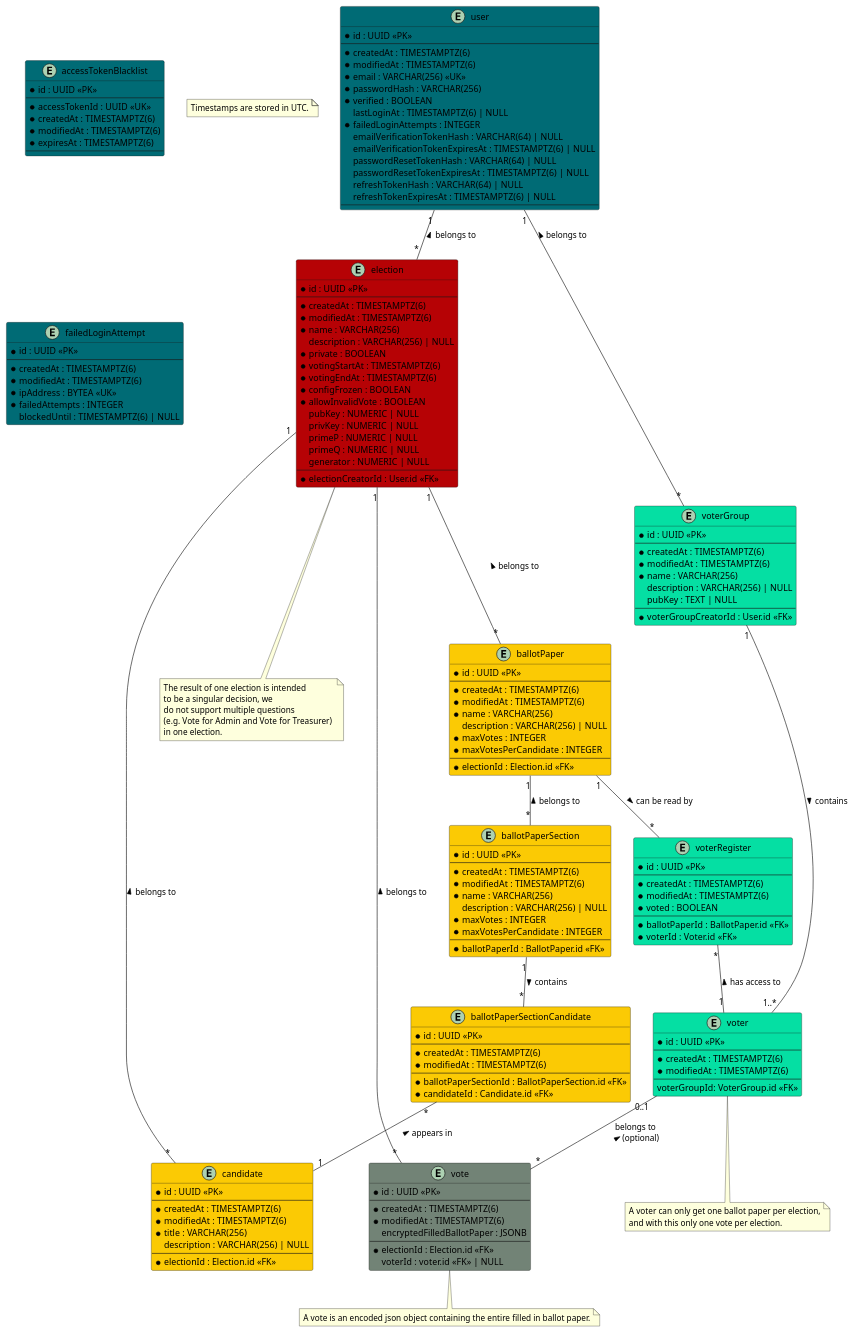
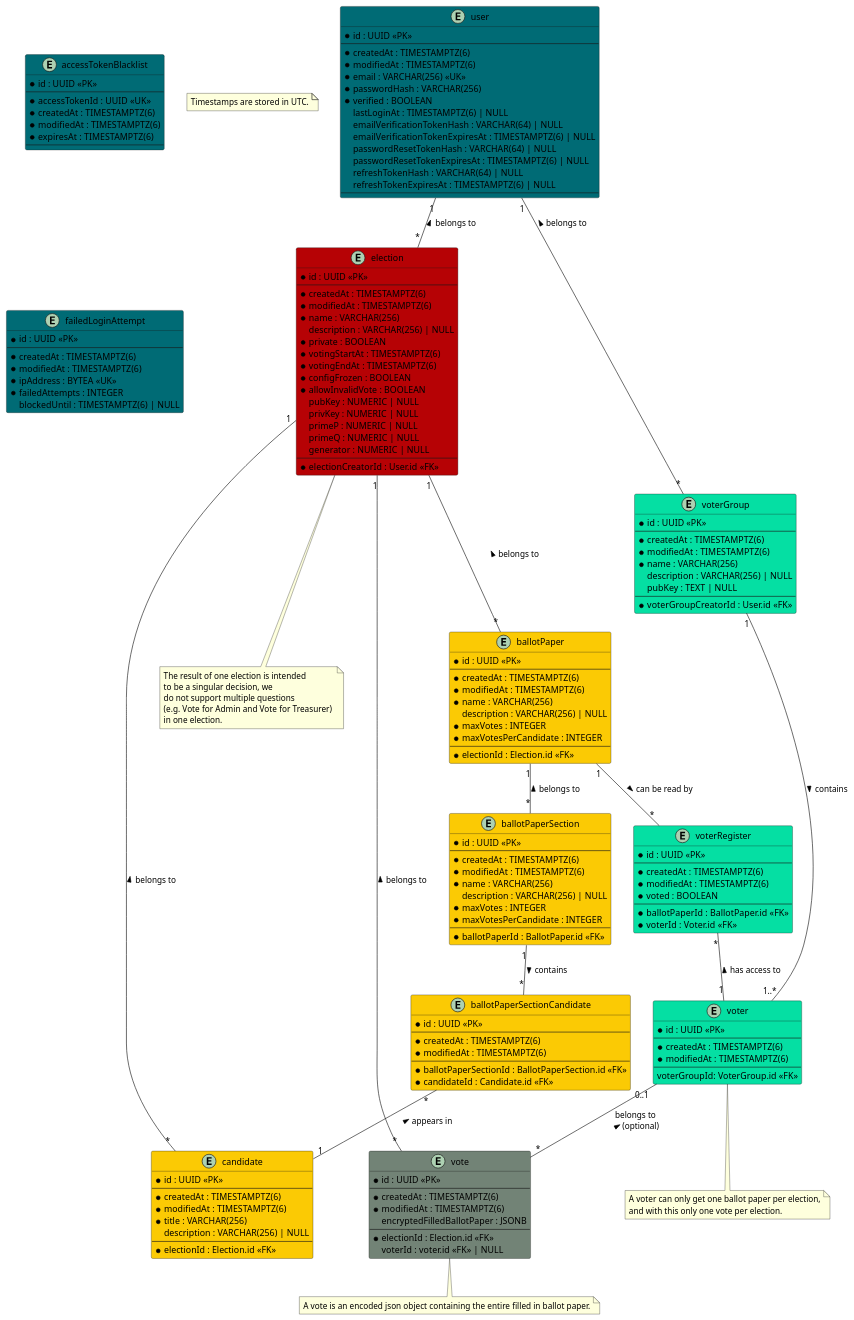
The diagram in apps/docs/static/uml/dataModel.puml (SE-UUlm/votura), drawn with PlantUML before and after one commit.

Commit message:
123: Remove column from documentation that doesn't actually exist

```diff
--- a/apps/docs/static/uml/dataModel.puml
+++ b/apps/docs/static/uml/dataModel.puml
@@ -1,198 +1,196 @@
 @startuml dataModel
 
 entity "user" as user #006b75 {
     * id : UUID <<PK>>
     --
     * createdAt : TIMESTAMPTZ(6)
     * modifiedAt : TIMESTAMPTZ(6)
     * email : VARCHAR(256) <<UK>>
     * passwordHash : VARCHAR(256)
     * verified : BOOLEAN
     lastLoginAt : TIMESTAMPTZ(6) | NULL
-    ' failed login attempts get reset on successful login
-    * failedLoginAttempts : INTEGER
     emailVerificationTokenHash : VARCHAR(64) | NULL
     emailVerificationTokenExpiresAt : TIMESTAMPTZ(6) | NULL
     passwordResetTokenHash : VARCHAR(64) | NULL
     passwordResetTokenExpiresAt : TIMESTAMPTZ(6) | NULL
     refreshTokenHash : VARCHAR(64) | NULL
     refreshTokenExpiresAt : TIMESTAMPTZ(6) | NULL
     --
 }
 
 entity "accessTokenBlacklist" as jwtBlacklist #006b75 {
     ' this table is used to store blacklisted access tokens
     ' The jti is 36 characters long if we use UUIDv4
     * id : UUID <<PK>>
     --
     * accessTokenId : UUID <<UK>>
     * createdAt : TIMESTAMPTZ(6)
     * modifiedAt : TIMESTAMPTZ(6)
     * expiresAt : TIMESTAMPTZ(6)
     --
 }
 
 entity "election" as elections #b60205 {
     * id : UUID <<PK>>
     --
     * createdAt : TIMESTAMPTZ(6)
     * modifiedAt : TIMESTAMPTZ(6)
     * name : VARCHAR(256)
     description : VARCHAR(256) | NULL
     * private : BOOLEAN
     * votingStartAt : TIMESTAMPTZ(6)
     * votingEndAt : TIMESTAMPTZ(6)
     * configFrozen : BOOLEAN
     * allowInvalidVote : BOOLEAN
     ' Is there a use case for `votesCounted`?
     ' * votesCounted : BOOLEAN
     ' * votesCounted : BOOLEAN
     ' Computed values such as validVotes and invalidVotes are critical - do we really want to store them?
     ' validVotes : NUMERIC | NULL
     ' invalidVotes : NUMERIC | NULL
     pubKey : NUMERIC | NULL
     privKey : NUMERIC | NULL
     primeP : NUMERIC | NULL
     primeQ : NUMERIC | NULL
     generator : NUMERIC | NULL
     --
     * electionCreatorId : User.id <<FK>>
 }
 
 note as N2
 The result of one election is intended 
 to be a singular decision, we 
 do not support multiple questions 
 (e.g. Vote for Admin and Vote for Treasurer) 
 in one election.
 end note
 
 entity "ballotPaper" as ballotPapers #fbca04 {
     * id : UUID <<PK>>
     --
     * createdAt : TIMESTAMPTZ(6)
     * modifiedAt : TIMESTAMPTZ(6)
     * name : VARCHAR(256)
     description : VARCHAR(256) | NULL
     * maxVotes : INTEGER
     * maxVotesPerCandidate : INTEGER
     --
     * electionId : Election.id <<FK>>
 }
 
 entity "ballotPaperSection" as ballotPaperSections #fbca04 {
     * id : UUID <<PK>>
     --
     * createdAt : TIMESTAMPTZ(6)
     * modifiedAt : TIMESTAMPTZ(6)
     * name : VARCHAR(256)
     description : VARCHAR(256) | NULL
     * maxVotes : INTEGER
     * maxVotesPerCandidate : INTEGER
     --
     * ballotPaperId : BallotPaper.id <<FK>>
 }
 
 entity "ballotPaperSectionCandidate" as ballotPaperSectionCandidates #fbca04 {
     * id : UUID <<PK>>
     --
     * createdAt : TIMESTAMPTZ(6)
     * modifiedAt : TIMESTAMPTZ(6)
     --
     * ballotPaperSectionId : BallotPaperSection.id <<FK>>
     * candidateId : Candidate.id <<FK>>
 }
 
 entity "candidate" as candidates #fbca04 {
     * id : UUID <<PK>>
     --
     * createdAt : TIMESTAMPTZ(6)
     * modifiedAt : TIMESTAMPTZ(6)
     * title : VARCHAR(256)
     description : VARCHAR(256) | NULL
     --
     * electionId : Election.id <<FK>>
 }
 
 entity "vote" as votes #728376 {
     * id : UUID <<PK>>
     --
     * createdAt : TIMESTAMPTZ(6)
     * modifiedAt : TIMESTAMPTZ(6)
     encryptedFilledBallotPaper : JSONB
     --
     * electionId : Election.id <<FK>>
     ' if the vote isn't secret, voter can be saved
     voterId : voter.id <<FK>> | NULL
 }
 note as N4
 A vote is an encoded json object containing the entire filled in ballot paper.
 end note
 
 entity "voterRegister" as voterRegisters #05DFA3 {
     * id : UUID <<PK>>
     --
     * createdAt : TIMESTAMPTZ(6)
     * modifiedAt : TIMESTAMPTZ(6)
     * voted : BOOLEAN
     --
     * ballotPaperId : BallotPaper.id <<FK>>
     * voterId : Voter.id <<FK>>
 }
 
 entity "voter" as voters #05DFA3 {
     * id : UUID <<PK>>
     --
     * createdAt : TIMESTAMPTZ(6)
     * modifiedAt : TIMESTAMPTZ(6)
     --
     voterGroupId: VoterGroup.id <<FK>>
 }
 note as N3
 A voter can only get one ballot paper per election,
 and with this only one vote per election.
 end note
 
 entity "voterGroup" as voterGroups #05DFA3 {
     * id : UUID <<PK>>
     --
     * createdAt : TIMESTAMPTZ(6)
     * modifiedAt : TIMESTAMPTZ(6)
     * name : VARCHAR(256)
     description : VARCHAR(256) | NULL
     pubKey : TEXT | NULL
     --
     * voterGroupCreatorId : User.id <<FK>>
 }
 
 note as N1
 Timestamps are stored in UTC.
 end note
 
 entity "failedLoginAttempt" #006b75 {
     * id : UUID <<PK>>
     --
     * createdAt : TIMESTAMPTZ(6)
     * modifiedAt : TIMESTAMPTZ(6)
     * ipAddress : BYTEA <<UK>>
     * failedAttempts : INTEGER
     blockedUntil : TIMESTAMPTZ(6) | NULL
 }
 
 user "1"--"*" elections : belongs to <
 elections "1"--"*" ballotPapers : belongs to <
 elections -- N2
 elections "1"--"*" candidates : belongs to <
 ballotPapers "1"--"*" voterRegisters : can be read by >
 voterRegisters "*"--"1" voters : has access to <
 ballotPapers "1"--"*" ballotPaperSections : belongs to <
 ballotPaperSections "1"--"*" ballotPaperSectionCandidates : contains >
 ballotPaperSectionCandidates "*"--"1" candidates : appears in <
 votes "*"--"1" elections : belongs to >
 voters "0..1"--"*" votes : belongs to \n (optional) <
 user "1"--"*" voterGroups : belongs to <
 voterGroups "1"--"1..*" voters : contains >
 voters -- N3
 votes -- N4
 
 @enduml
```
